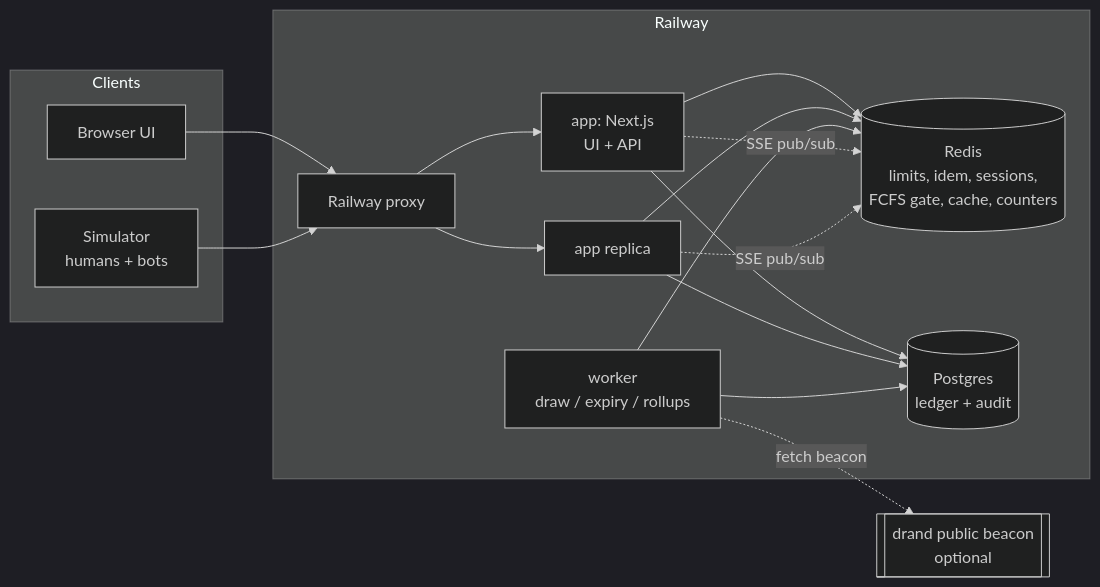
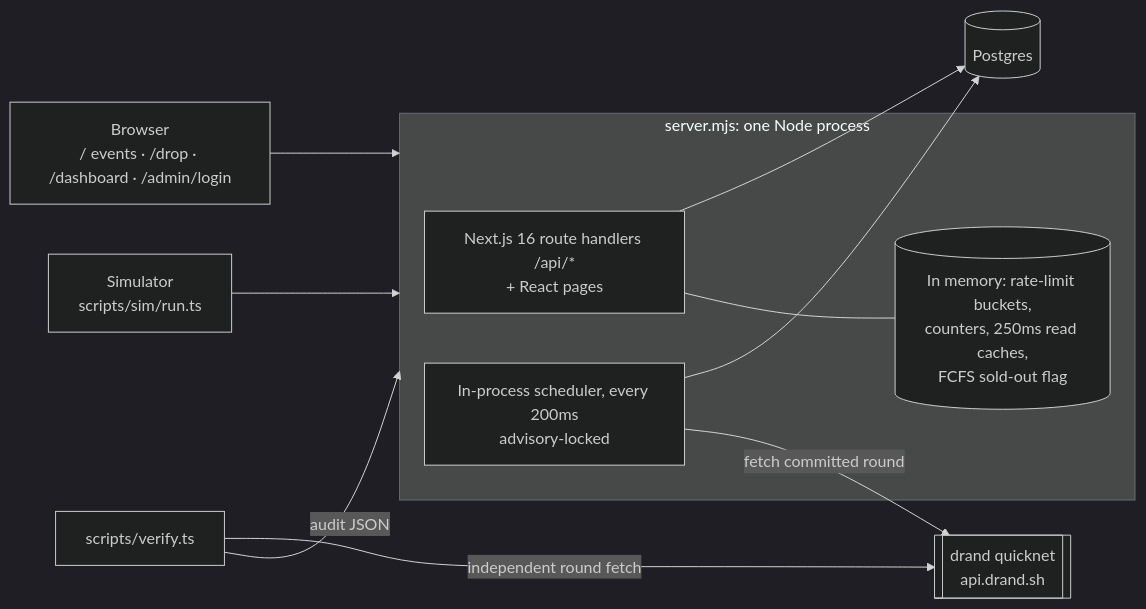
One commit to keithdmonte/BNB26_Nexus_Internal_Round changed the diagram in docs/ARCHITECTURE.md. Above: the diagram before and after it, drawn with Mermaid (dark theme). The commit also changed other lines of this file and 43 other files, not shown here.

````diff
--- a/docs/ARCHITECTURE.md
+++ b/docs/ARCHITECTURE.md
@@ -19,25 +4,16 @@
 ```mermaid
 flowchart LR
-  subgraph Clients
-    B[Browser UI]
-    S[Simulator<br/>humans + bots]
+  B[Browser<br/>/ events · /drop · /dashboard · /admin/login] --> S
+  SIM[Simulator<br/>scripts/sim/run.ts] --> S
+  V[scripts/verify.ts] -- audit JSON --> S
+  V -- independent round fetch --> D[[drand quicknet<br/>api.drand.sh]]
+  subgraph S[server.mjs: one Node process]
+    N[Next.js 16 route handlers /api/*<br/>+ React pages]
+    SCH[In-process scheduler, every 200ms<br/>advisory-locked]
+    MEM[(In memory: rate-limit buckets,<br/>counters, 250ms read caches,<br/>FCFS sold-out flag)]
   end
-  subgraph Railway
-    LB[Railway proxy]
-    A1[app: Next.js<br/>UI + API]
-    A2[app replica]
-    W[worker<br/>draw / expiry / rollups]
-    R[(Redis<br/>limits, idem, sessions,<br/>FCFS gate, cache, counters)]
-    P[(Postgres<br/>ledger + audit)]
-  end
-  D[[drand public beacon<br/>optional]]
-  B --> LB
-  S --> LB
-  LB --> A1 & A2
-  A1 & A2 --> R
-  A1 & A2 --> P
-  W --> P
-  W --> R
-  W -. fetch beacon .-> D
-  A1 & A2 -. SSE pub/sub .-> R
+  N --> PG[(Postgres)]
+  SCH --> PG
+  SCH -- fetch committed round --> D
+  N --- MEM
 ```
````
